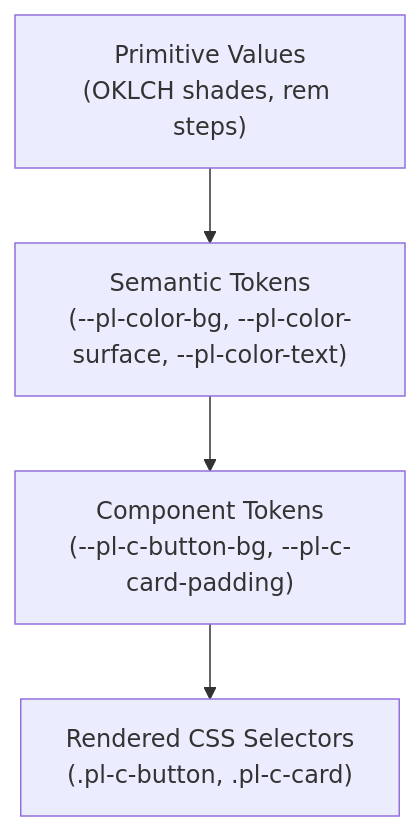
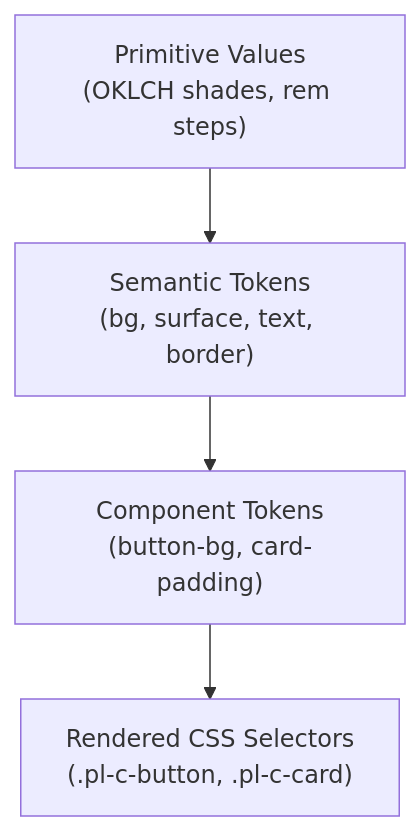
One commit to cawalch/porchlight changed the second of 2 diagrams in docs/src/content/guides/upstream-integration.mdx. Above: the diagram before and after it, drawn with Mermaid. The commit also changed other lines of this file and 2 other files, not shown here.

Commit message:
docs: make lifecycle and architecture diagrams fit the reading column (#287)

````diff
--- a/docs/src/content/guides/upstream-integration.mdx
+++ b/docs/src/content/guides/upstream-integration.mdx
@@ -471,6 +475,11 @@
 ```mermaid
 graph TD
-  Prims["Primitive Values<br/>(OKLCH shades, rem steps)"] --> Semantics["Semantic Tokens<br/>(--pl-color-bg, --pl-color-surface, --pl-color-text)"]
-  Semantics --> ComponentTokens["Component Tokens<br/>(--pl-c-button-bg, --pl-c-card-padding)"]
-  ComponentTokens --> Rendered["Rendered CSS Selectors<br/>(.pl-c-button, .pl-c-card)"]
+  Prims["Primitive Values<br/>(OKLCH shades, rem steps)"]
+  Semantics["Semantic Tokens<br/>(bg, surface, text, border)"]
+  ComponentTokens["Component Tokens<br/>(button-bg, card-padding)"]
+  Rendered["Rendered CSS Selectors<br/>(.pl-c-button, .pl-c-card)"]
+
+  Prims --> Semantics
+  Semantics --> ComponentTokens
+  ComponentTokens --> Rendered
 ```
````
